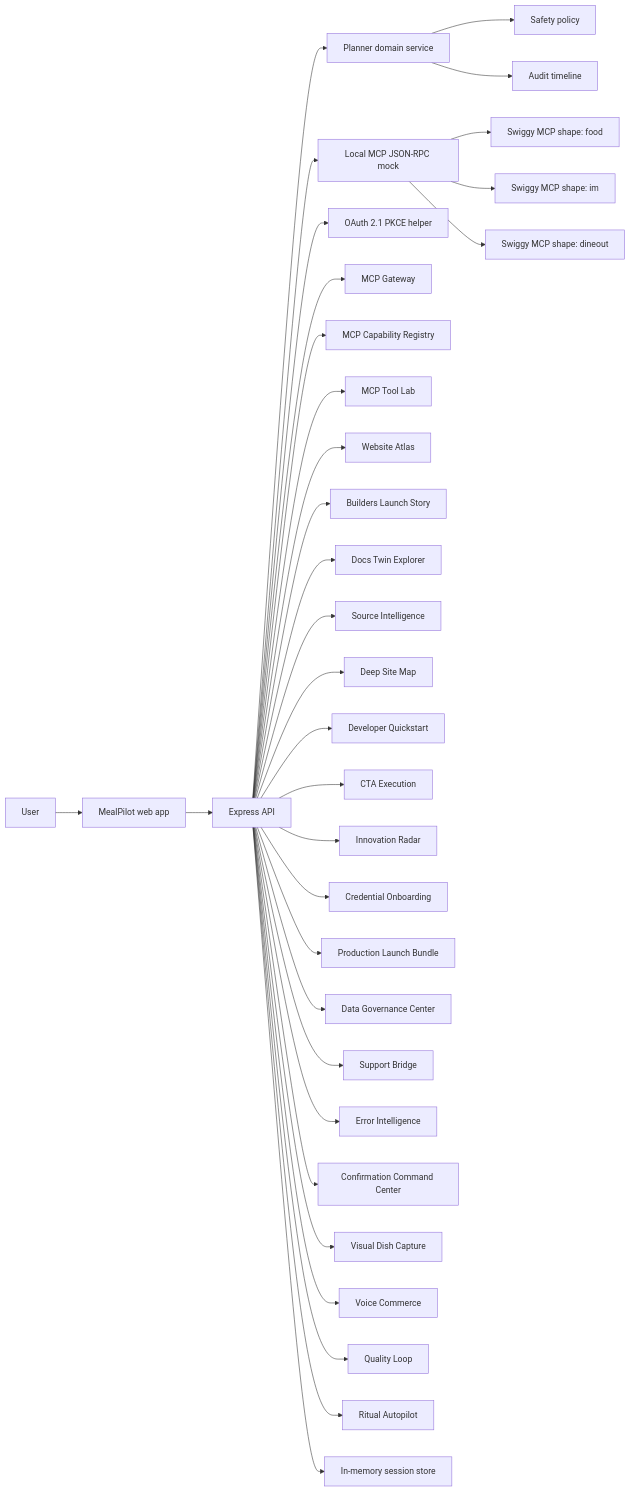
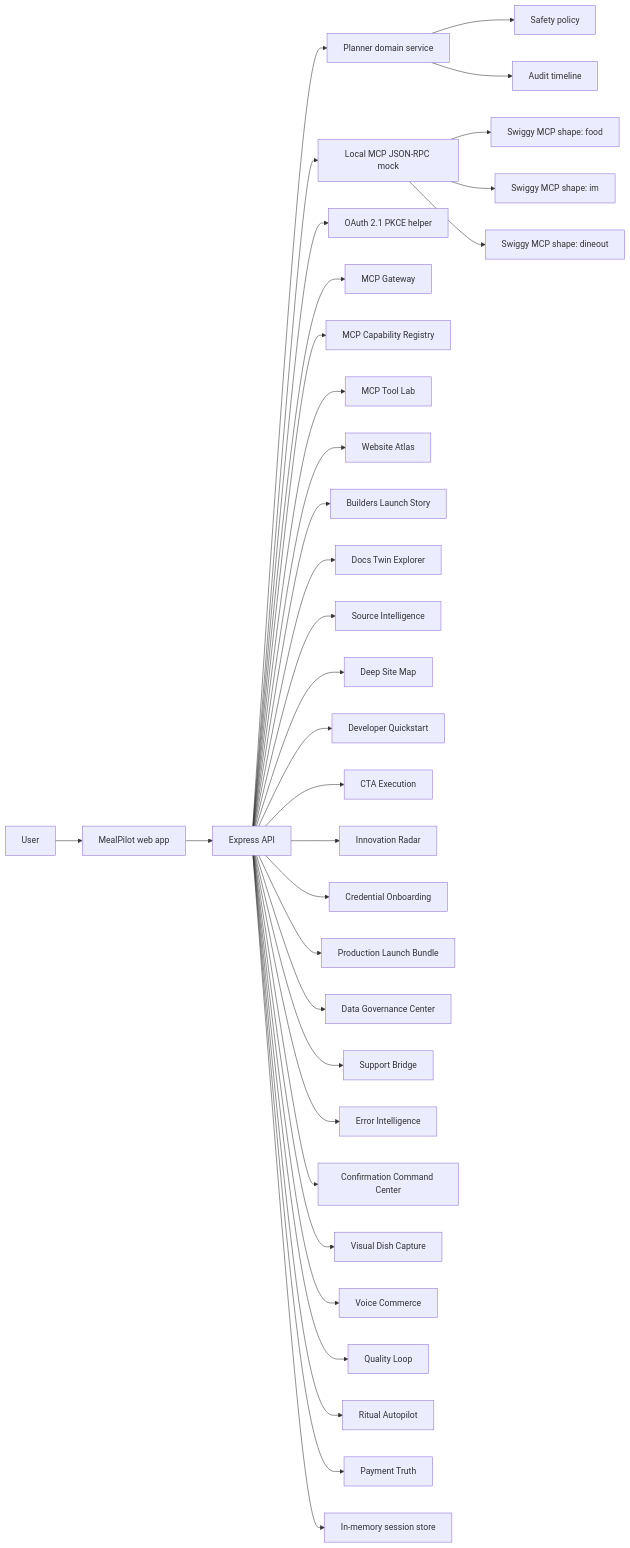
The diagram in docs/architecture.md (Farhankhan0128/MealPilot), drawn with Mermaid before and after one commit. The commit also changed other lines of this file and 21 other files, not shown here.

Commit message:
Add Swiggy payment truth center

````diff
--- a/docs/architecture.md
+++ b/docs/architecture.md
@@ -7,35 +7,36 @@
 ```mermaid
 flowchart LR
   U["User"] --> UI["MealPilot web app"]
   UI --> API["Express API"]
   API --> Planner["Planner domain service"]
   Planner --> Safety["Safety policy"]
   API --> Mock["Local MCP JSON-RPC mock"]
   API --> Auth["OAuth 2.1 PKCE helper"]
   API --> Gateway["MCP Gateway"]
   API --> Registry["MCP Capability Registry"]
   API --> ToolLab["MCP Tool Lab"]
   API --> Atlas["Website Atlas"]
   API --> Story["Builders Launch Story"]
   API --> DocsTwin["Docs Twin Explorer"]
   API --> SourceIntel["Source Intelligence"]
   API --> DeepMap["Deep Site Map"]
   API --> DevQuick["Developer Quickstart"]
   API --> CtaExec["CTA Execution"]
   API --> Innovation["Innovation Radar"]
   API --> Credential["Credential Onboarding"]
   API --> Launch["Production Launch Bundle"]
   API --> DataGov["Data Governance Center"]
   API --> Support["Support Bridge"]
   API --> Errors["Error Intelligence"]
   API --> ConfirmCmd["Confirmation Command Center"]
   API --> DishCapture["Visual Dish Capture"]
   API --> VoiceCommerce["Voice Commerce"]
   API --> QualityLoop["Quality Loop"]
   API --> Ritual["Ritual Autopilot"]
+  API --> PaymentTruth["Payment Truth"]
   Mock --> Food["Swiggy MCP shape: food"]
   Mock --> IM["Swiggy MCP shape: im"]
   Mock --> Dineout["Swiggy MCP shape: dineout"]
   API --> Store["In-memory session store"]
   Planner --> Obs["Audit timeline"]
 ```
````
